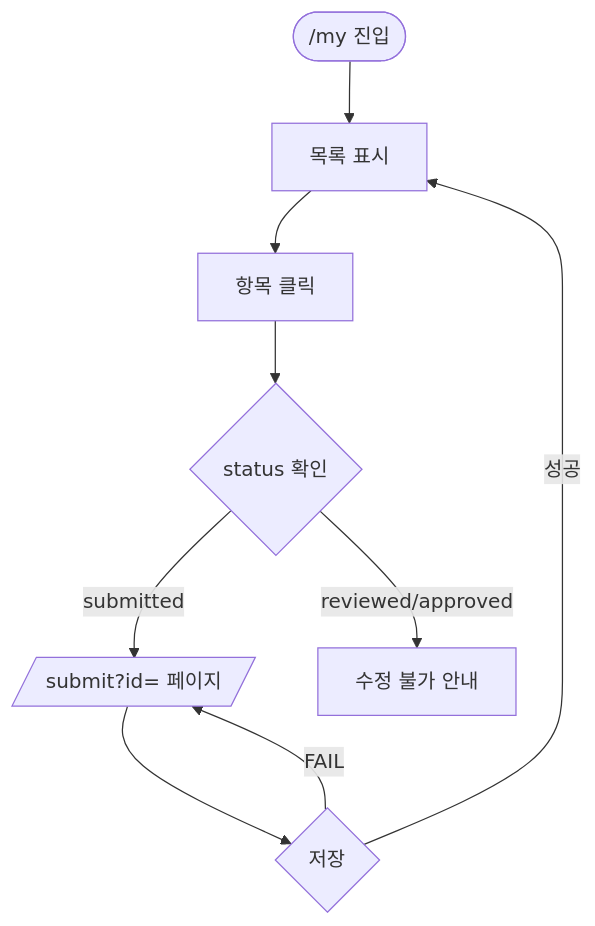
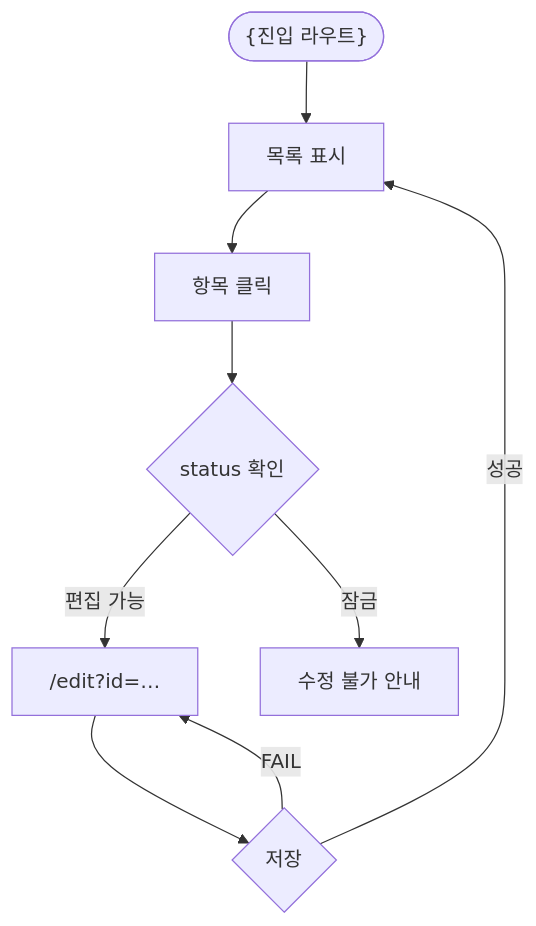
One commit to wigtn/wigtn-plugins changed the second of 3 diagrams in plugins/wigtn-coding/skills/screen-spec/templates/02-USER-FLOW.md. Above: the diagram before and after it, drawn with Mermaid. The commit also changed other lines of this file and 10 other files, not shown here.

````diff
--- a/plugins/wigtn-coding/skills/screen-spec/templates/02-USER-FLOW.md
+++ b/plugins/wigtn-coding/skills/screen-spec/templates/02-USER-FLOW.md
@@ -34,11 +32,11 @@
 ```mermaid
 flowchart TD
-  Start([/my 진입]) --> List[목록 표시]
+  Start(["{진입 라우트}"]) --> List[목록 표시]
   List --> Click[항목 클릭]
   Click --> CheckStatus{status 확인}
-  CheckStatus -->|submitted| Edit[/submit?id= 페이지/]
-  CheckStatus -->|reviewed/approved| Locked[수정 불가 안내]
+  CheckStatus -->|편집 가능| Edit["/edit?id=…"]
+  CheckStatus -->|잠금| Locked[수정 불가 안내]
   Edit --> Save{저장}
   Save -->|성공| List
   Save -->|FAIL| Edit
 ```
````
